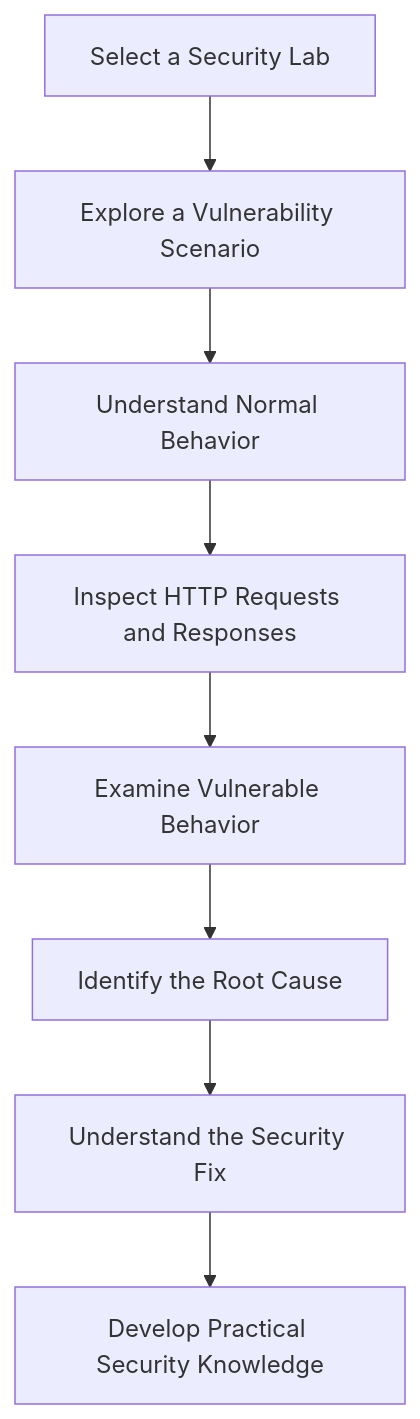
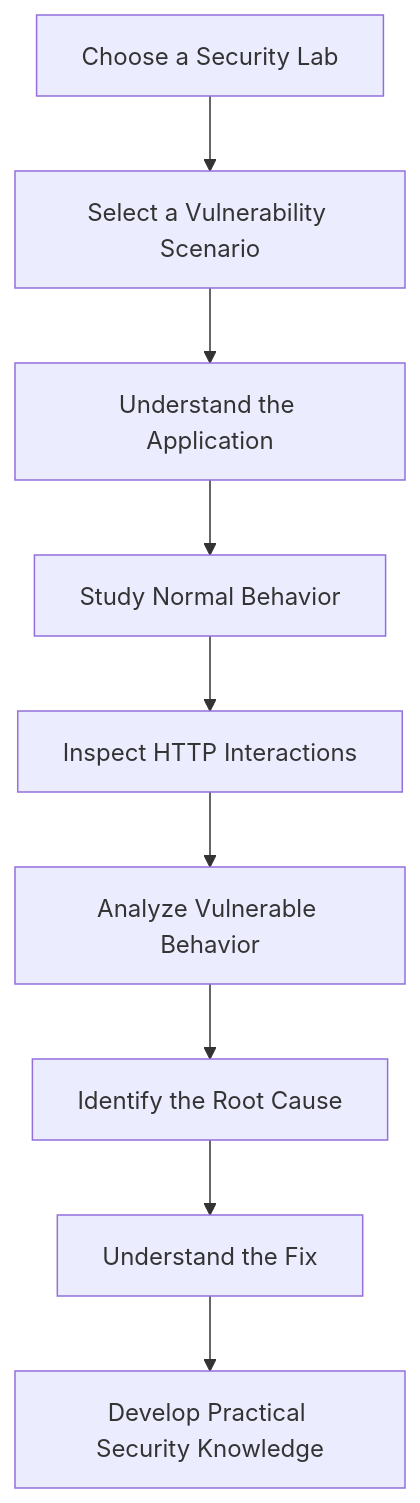
Before and after one commit to Ahmed80325/black-sector-codex-labs: the first of 5 diagrams in README.md, drawn with Mermaid. The commit also changed other lines of this file, not shown here.

````diff
--- a/README.md
+++ b/README.md
@@ -100,10 +105,11 @@
 ```mermaid
 flowchart TD
-    A["Select a Security Lab"] --> B["Explore a Vulnerability Scenario"]
-    B --> C["Understand Normal Behavior"]
-    C --> D["Inspect HTTP Requests and Responses"]
-    D --> E["Examine Vulnerable Behavior"]
-    E --> F["Identify the Root Cause"]
-    F --> G["Understand the Security Fix"]
-    G --> H["Develop Practical Security Knowledge"]
+    A["Choose a Security Lab"] --> B["Select a Vulnerability Scenario"]
+    B --> C["Understand the Application"]
+    C --> D["Study Normal Behavior"]
+    D --> E["Inspect HTTP Interactions"]
+    E --> F["Analyze Vulnerable Behavior"]
+    F --> G["Identify the Root Cause"]
+    G --> H["Understand the Fix"]
+    H --> I["Develop Practical Security Knowledge"]
 ```
````
